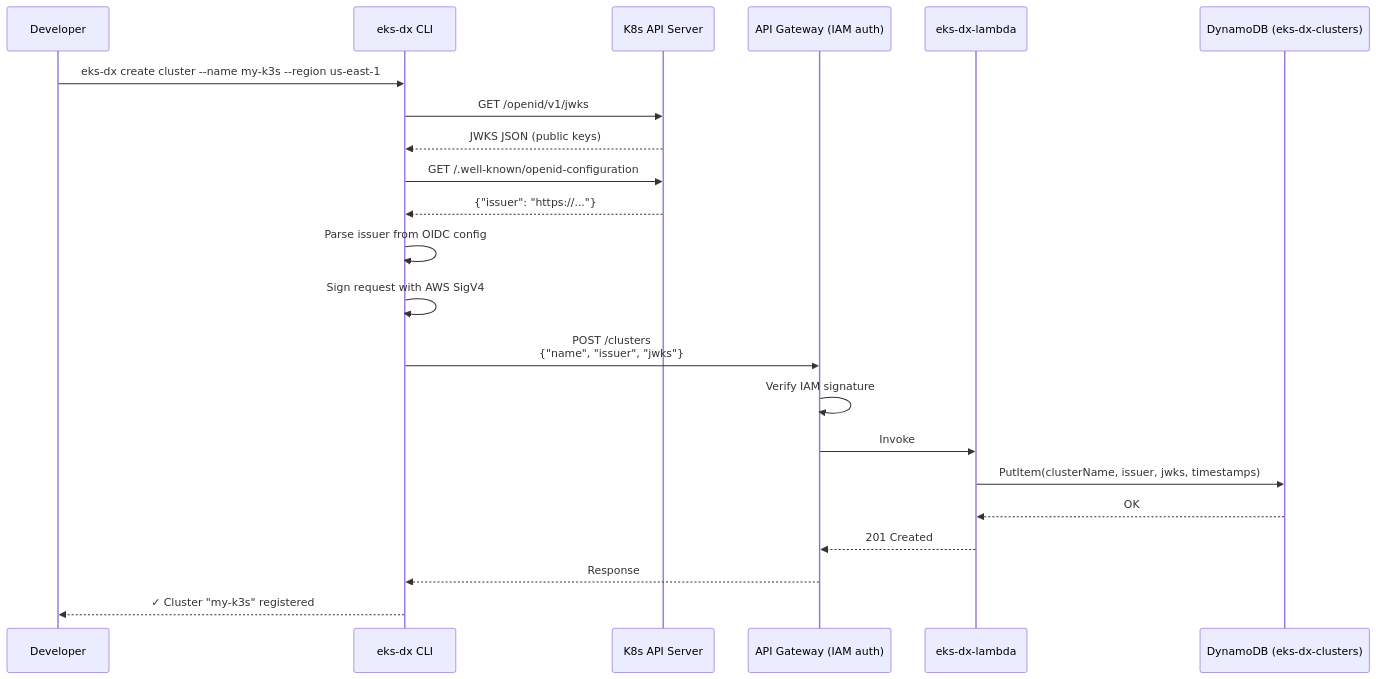
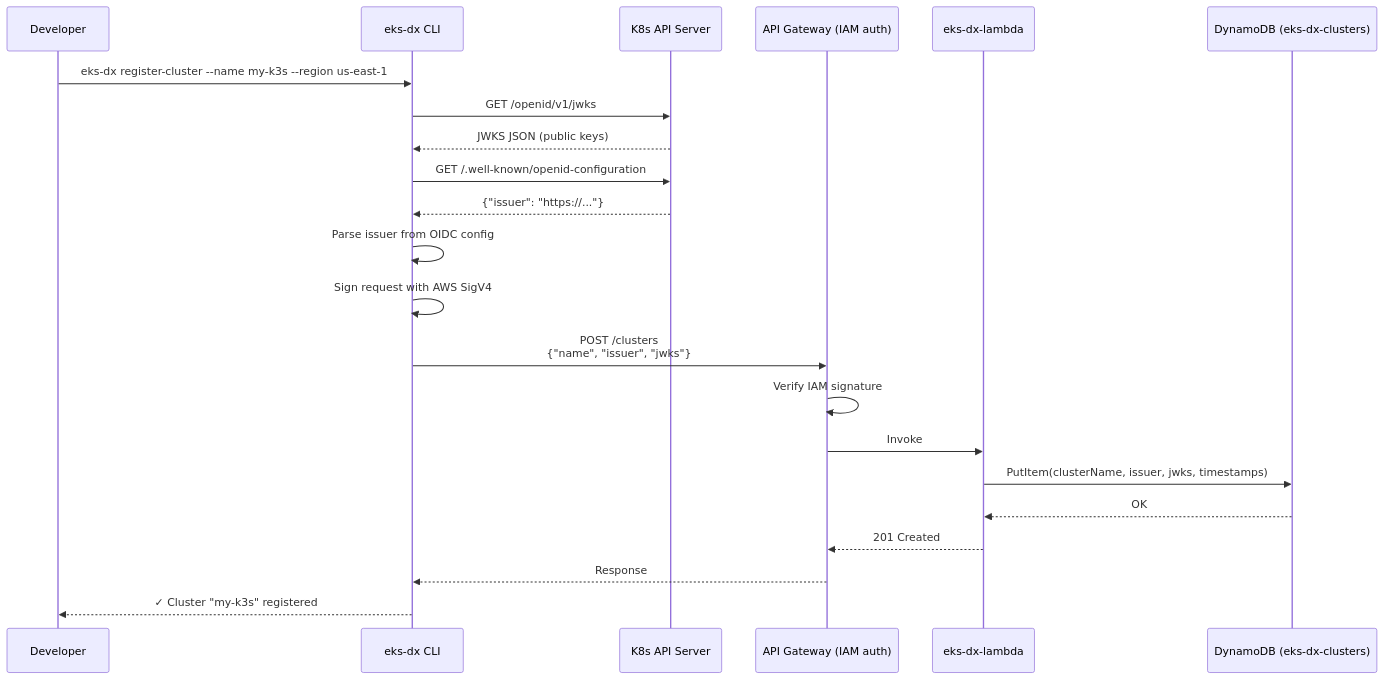
Before and after one commit to plasticity-of-cloud/eks-d-xpress-control-plane: the third of 10 diagrams in docs/ARCHITECTURE.md, drawn with Mermaid. The commit also changed other lines of this file and 24 other files, not shown here.

````diff
--- a/docs/ARCHITECTURE.md
+++ b/docs/ARCHITECTURE.md
@@ -92,25 +92,25 @@
 ```mermaid
 sequenceDiagram
     participant User as Developer
     participant CLI as eks-dx CLI
     participant K8s as K8s API Server
     participant GW as API Gateway (IAM auth)
     participant Lambda as eks-dx-lambda
     participant DDB as DynamoDB (eks-dx-clusters)
 
-    User->>CLI: eks-dx create cluster --name my-k3s --region us-east-1
+    User->>CLI: eks-dx register-cluster --name my-k3s --region us-east-1
     CLI->>K8s: GET /openid/v1/jwks
     K8s-->>CLI: JWKS JSON (public keys)
     CLI->>K8s: GET /.well-known/openid-configuration
     K8s-->>CLI: {"issuer": "https://..."}
     CLI->>CLI: Parse issuer from OIDC config
     CLI->>CLI: Sign request with AWS SigV4
     CLI->>GW: POST /clusters<br/>{"name", "issuer", "jwks"}
     GW->>GW: Verify IAM signature
     GW->>Lambda: Invoke
     Lambda->>DDB: PutItem(clusterName, issuer, jwks, timestamps)
     DDB-->>Lambda: OK
     Lambda-->>GW: 201 Created
     GW-->>CLI: Response
     CLI-->>User: ✓ Cluster "my-k3s" registered
 ```
````
